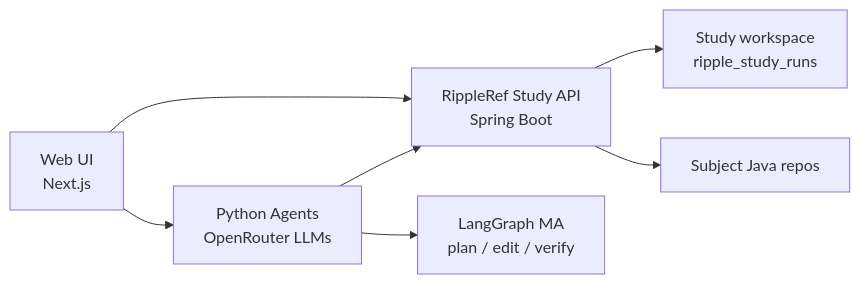
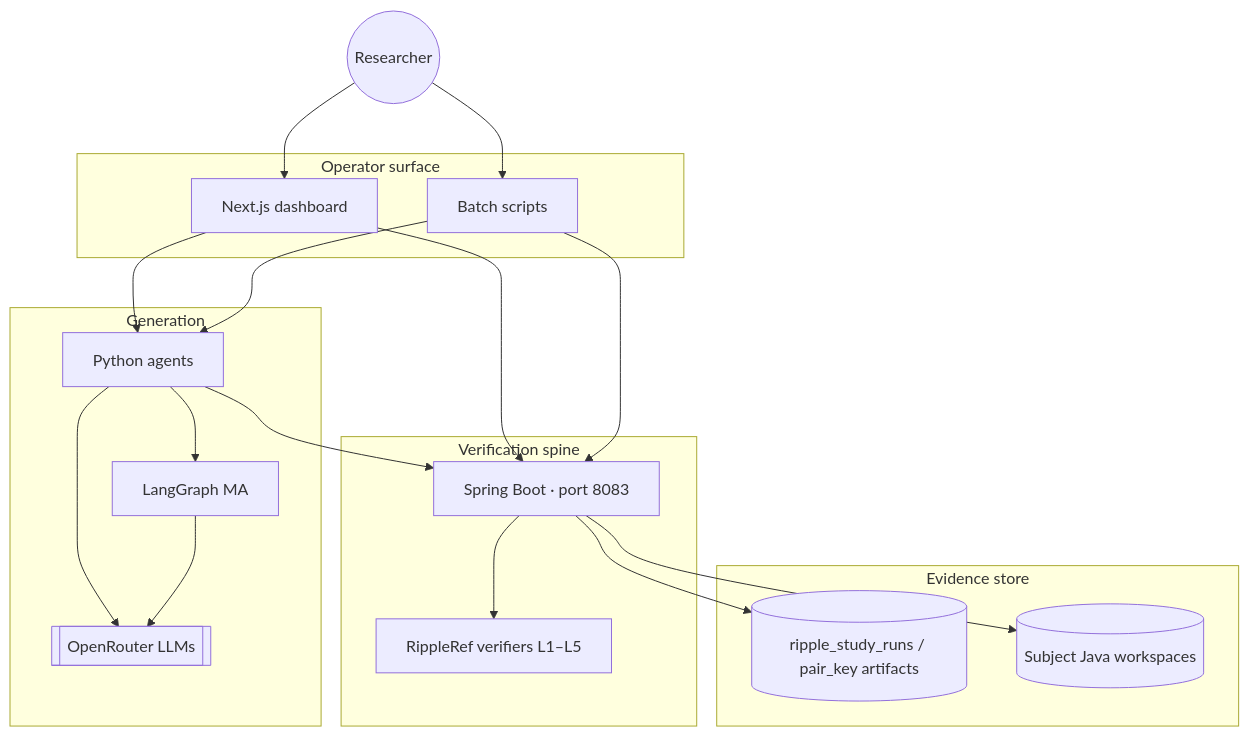
One commit to ResearchAnonymized/RippleRef changed the second of 2 diagrams in README.md. Above: the diagram before and after it, drawn with Mermaid. The commit also changed other lines of this file and 2 other files, not shown here.

````diff
--- a/README.md
+++ b/README.md
@@ -27,9 +109,39 @@
 ```mermaid
-flowchart LR
-  UI[Web UI<br/>Next.js] --> API[RippleRef Study API<br/>Spring Boot]
-  UI --> AG[Python Agents<br/>OpenRouter LLMs]
+flowchart TB
+  Researcher((Researcher))
+
+  subgraph surface [Operator surface]
+    UI[Next.js dashboard]
+    SH[Batch scripts]
+  end
+
+  subgraph brain [Generation]
+    AG[Python agents]
+    LG[LangGraph MA]
+    LLM[[OpenRouter LLMs]]
+  end
+
+  subgraph spine [Verification spine]
+    API[Spring Boot · port 8083]
+    RV[RippleRef verifiers L1–L5]
+  end
+
+  subgraph disk [Evidence store]
+    RUN[("ripple_study_runs / pair_key artifacts")]
+    REPOS[(Subject Java workspaces)]
+  end
+
+  Researcher --> UI
+  Researcher --> SH
+  UI --> API
+  UI --> AG
+  SH --> AG
+  SH --> API
+  AG --> LLM
+  AG --> LG
+  LG --> LLM
   AG --> API
-  API --> WS[Study workspace<br/>ripple_study_runs]
-  API --> REPOS[Subject Java repos]
-  AG --> GRAPH[LangGraph MA<br/>plan / edit / verify]
+  API --> RV
+  API --> REPOS
+  API --> RUN
 ```
````
